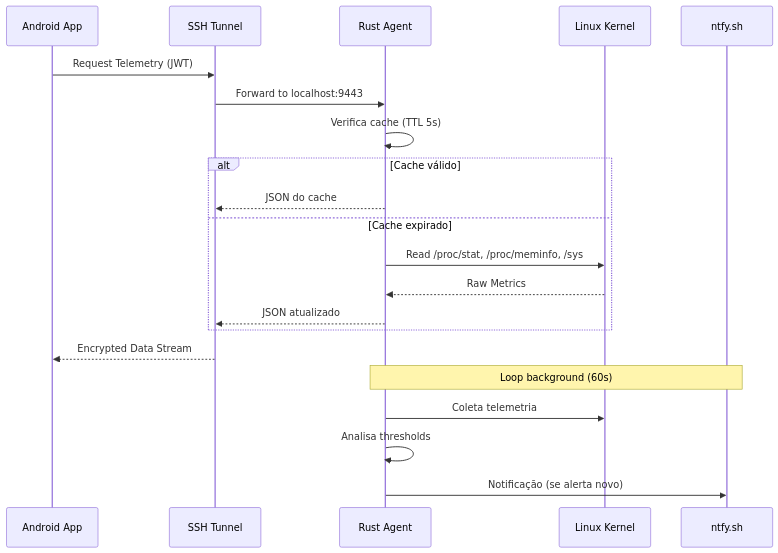
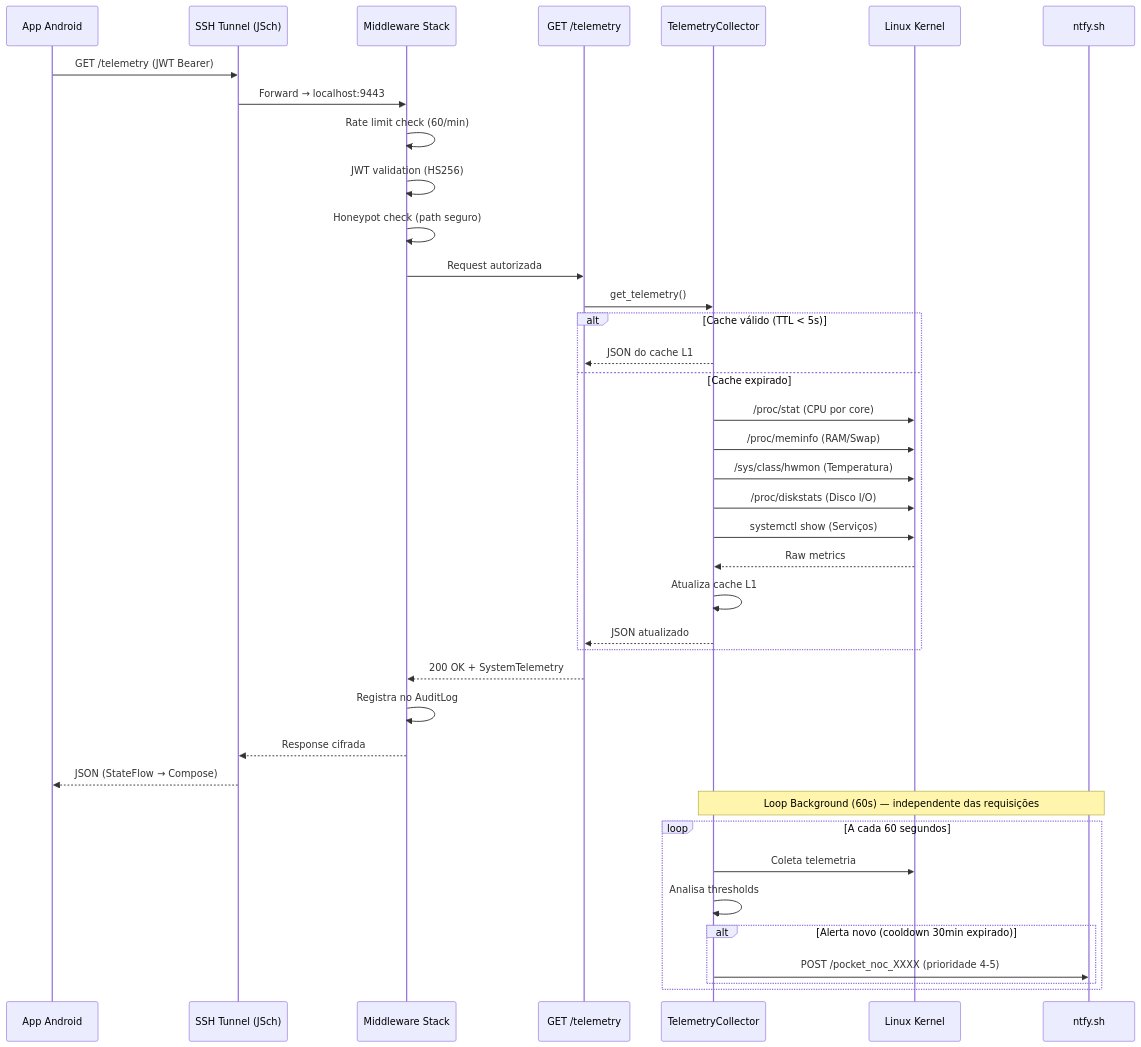
One commit to Munique-Feitoza/server-controller changed the seventh of 12 diagrams in docs/ARCHITECTURE.md. Above: the diagram before and after it, drawn with Mermaid. The commit also changed other lines of this file, not shown here.

First line of the commit message:
docs(architecture): atualizar roles do watchdog e diagrama de navegacao

````diff
--- a/docs/ARCHITECTURE.md
+++ b/docs/ARCHITECTURE.md
@@ -32,25 +326,45 @@
 ```mermaid
 sequenceDiagram
-    participant User as Android App
-    participant SSH as SSH Tunnel
-    participant Agent as Rust Agent
+    participant User as App Android
+    participant SSH as SSH Tunnel (JSch)
+    participant MW as Middleware Stack
+    participant Handler as GET /telemetry
+    participant Cache as TelemetryCollector
     participant Kernel as Linux Kernel
     participant Ntfy as ntfy.sh
 
-    User->>SSH: Request Telemetry (JWT)
-    SSH->>Agent: Forward to localhost:9443
-    Agent->>Agent: Verifica cache (TTL 5s)
-    alt Cache válido
-        Agent-->>SSH: JSON do cache
+    User->>SSH: GET /telemetry (JWT Bearer)
+    SSH->>MW: Forward → localhost:9443
+    MW->>MW: Rate limit check (60/min)
+    MW->>MW: JWT validation (HS256)
+    MW->>MW: Honeypot check (path seguro)
+    MW->>Handler: Request autorizada
+
+    Handler->>Cache: get_telemetry()
+    alt Cache válido (TTL < 5s)
+        Cache-->>Handler: JSON do cache L1
     else Cache expirado
-        Agent->>Kernel: Read /proc/stat, /proc/meminfo, /sys
-        Kernel-->>Agent: Raw Metrics
-        Agent-->>SSH: JSON atualizado
+        Cache->>Kernel: /proc/stat (CPU por core)
+        Cache->>Kernel: /proc/meminfo (RAM/Swap)
+        Cache->>Kernel: /sys/class/hwmon (Temperatura)
+        Cache->>Kernel: /proc/diskstats (Disco I/O)
+        Cache->>Kernel: systemctl show (Serviços)
+        Kernel-->>Cache: Raw metrics
+        Cache->>Cache: Atualiza cache L1
+        Cache-->>Handler: JSON atualizado
     end
-    SSH-->>User: Encrypted Data Stream
 
-    Note over Agent,Ntfy: Loop background (60s)
-    Agent->>Kernel: Coleta telemetria
-    Agent->>Agent: Analisa thresholds
-    Agent->>Ntfy: Notificação (se alerta novo)
+    Handler-->>MW: 200 OK + SystemTelemetry
+    MW->>MW: Registra no AuditLog
+    MW-->>SSH: Response cifrada
+    SSH-->>User: JSON (StateFlow → Compose)
+
+    Note over Cache,Ntfy: Loop Background (60s) — independente das requisições
+    loop A cada 60 segundos
+        Cache->>Kernel: Coleta telemetria
+        Cache->>Cache: Analisa thresholds
+        alt Alerta novo (cooldown 30min expirado)
+            Cache->>Ntfy: POST /pocket_noc_XXXX (prioridade 4-5)
+        end
+    end
 ```
````
